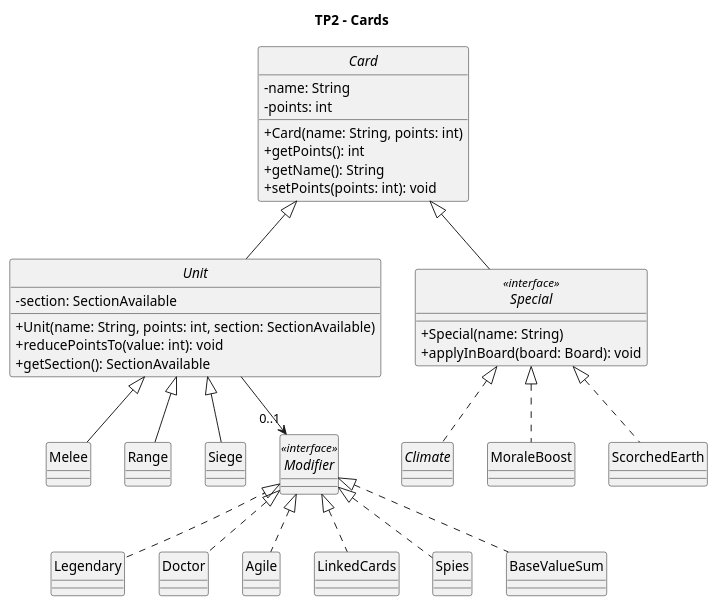
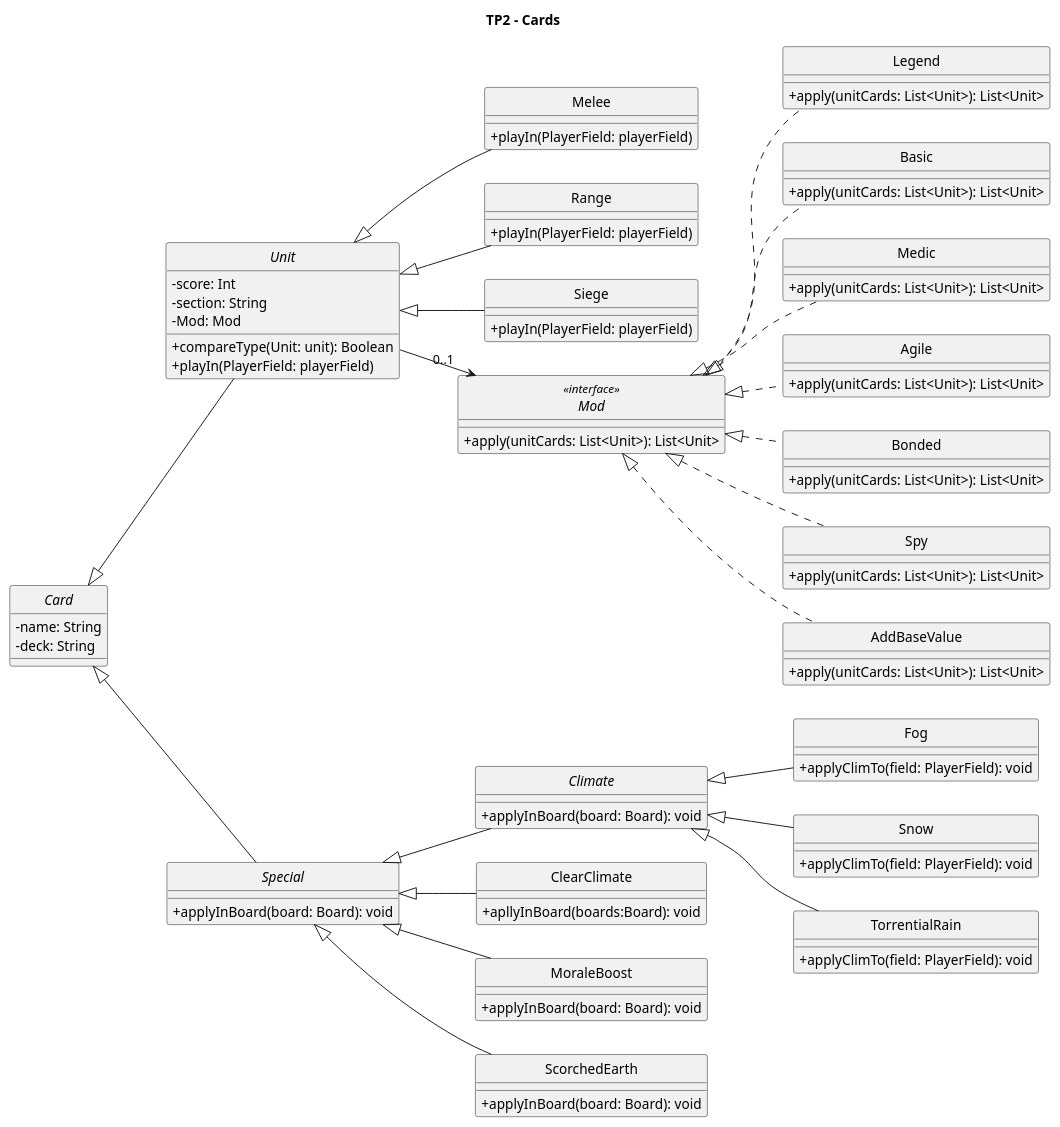
The diagram in diagrams/classes/card.puml (Fm900/TP2_Gwent_Paradigma), drawn with PlantUML before and after one commit. The commit also changed 6 other files, not shown here.

Commit message:
#11 Diagrams for the second installment are uploaded

```diff
--- a/diagrams/classes/card.puml
+++ b/diagrams/classes/card.puml
@@ -1,63 +1,123 @@
 @startuml Diagrama de Clases
 
 skinparam monochrome true
 hide circle
 skinparam classAttributeIconSize 0
+left to right direction
 
 title TP2 - Cards
 
 abstract class Card {
     - name: String
-    - points: int
-    + Card(name: String, points: int)
-    + getPoints(): int
-    + getName(): String
-    + setPoints(points: int): void
+    - deck: String
 }
 
 abstract class Unit {
-    - section: SectionAvailable
-    + Unit(name: String, points: int, section: SectionAvailable)
-    + reducePointsTo(value: int): void
-    + getSection(): SectionAvailable
+    - score: Int
+    - section: String
+    - Mod: Mod
+    + compareType(Unit: unit): Boolean
+    + playIn(PlayerField: playerField)
 }
 
-interface Special <<interface>> {
-    + Special(name: String)
+abstract class Special {
     + applyInBoard(board: Board): void
 }
 
-class Melee
-class Range
-class Siege 
+class Melee {
+    + playIn(PlayerField: playerField)
+}
 
-abstract class Climate
-class MoraleBoost
-class ScorchedEarth
+class Range {
+    + playIn(PlayerField: playerField)
+}
 
-interface Modifier <<interface>>
-class Legendary
-class Doctor
-class Agile
-class LinkedCards
-class Spies
-class BaseValueSum
+class Siege {
+    + playIn(PlayerField: playerField)
+}
+
+abstract class Climate {
+    + applyInBoard(board: Board): void
+}
+
+class ClearClimate {
+    + apllyInBoard(boards:Board): void
+}
+
+class Fog {
+    + applyClimTo(field: PlayerField): void
+}
+
+class Snow {
+    + applyClimTo(field: PlayerField): void
+}
+
+class TorrentialRain {
+    + applyClimTo(field: PlayerField): void
+}
+
+class MoraleBoost {
+    + applyInBoard(board: Board): void
+}
+
+class ScorchedEarth {
+    + applyInBoard(board: Board): void
+}
+
+interface Mod <<interface>> {
+    + apply(unitCards: List<Unit>): List<Unit>
+}
+
+class Legend {
+    + apply(unitCards: List<Unit>): List<Unit>
+}
+
+class Basic {
+    + apply(unitCards: List<Unit>): List<Unit>
+}
+
+class Medic {
+    + apply(unitCards: List<Unit>): List<Unit>
+}
+
+class Agile {
+    + apply(unitCards: List<Unit>): List<Unit>
+}
+
+class Bonded {
+    + apply(unitCards: List<Unit>): List<Unit>
+}
+
+class Spy {
+    + apply(unitCards: List<Unit>): List<Unit>
+}
+
+class AddBaseValue {
+    + apply(unitCards: List<Unit>): List<Unit>
+}
 
 Card <|-- Unit
 Card <|-- Special
-Modifier <|.. Legendary
-Modifier <|.. Doctor 
-Modifier <|.. Agile 
-Modifier <|.. LinkedCards
-Modifier <|.. Spies 
-Modifier <|.. BaseValueSum
+Mod <|.. Legend
+Mod <|.. Medic
+Mod <|.. Agile
+Mod <|.. Bonded
+Mod <|.. Spy
+Mod <|.. AddBaseValue
+Mod <|.. Basic
 
-Unit --> "0..1" Modifier
+Unit --> "0..1" Mod
 Unit <|-- Melee
 Unit <|-- Range
 Unit <|-- Siege
-Special <|.. Climate
-Special <|.. MoraleBoost
-Special <|.. ScorchedEarth
+
+Special <|-- Climate
+Climate <|-- Fog
+Climate <|-- TorrentialRain
+Climate <|-- Snow
+
+Special <|-- ClearClimate
+Special <|-- MoraleBoost
+Special <|-- ScorchedEarth
 
 @enduml
```
